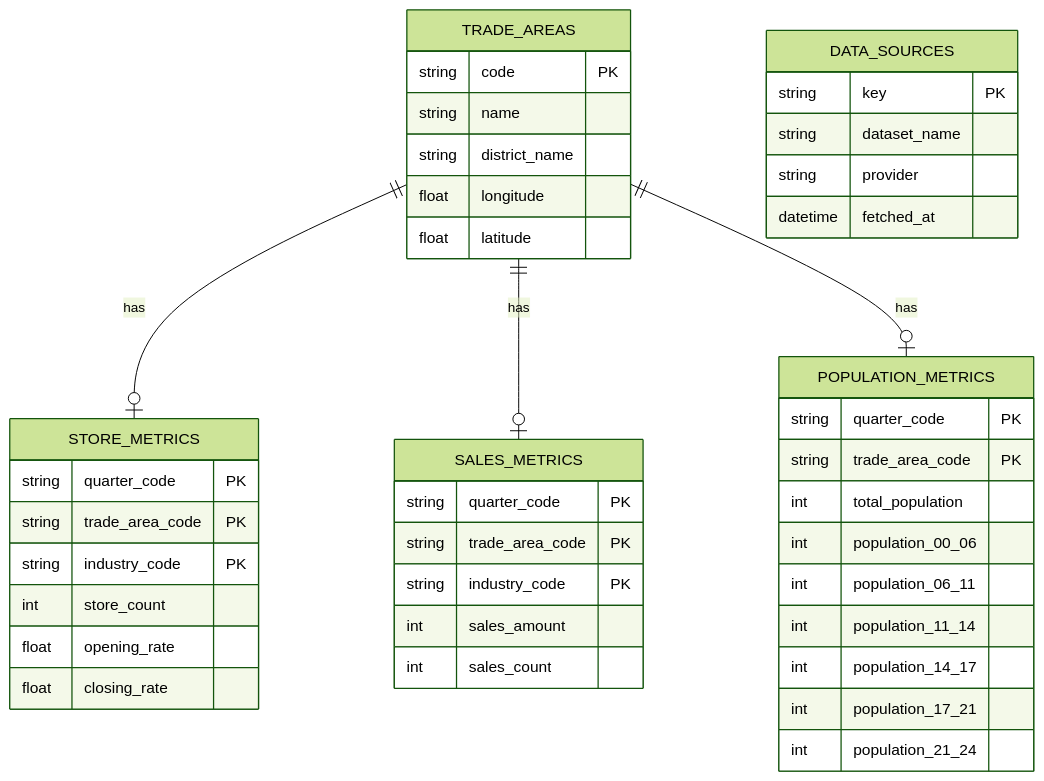
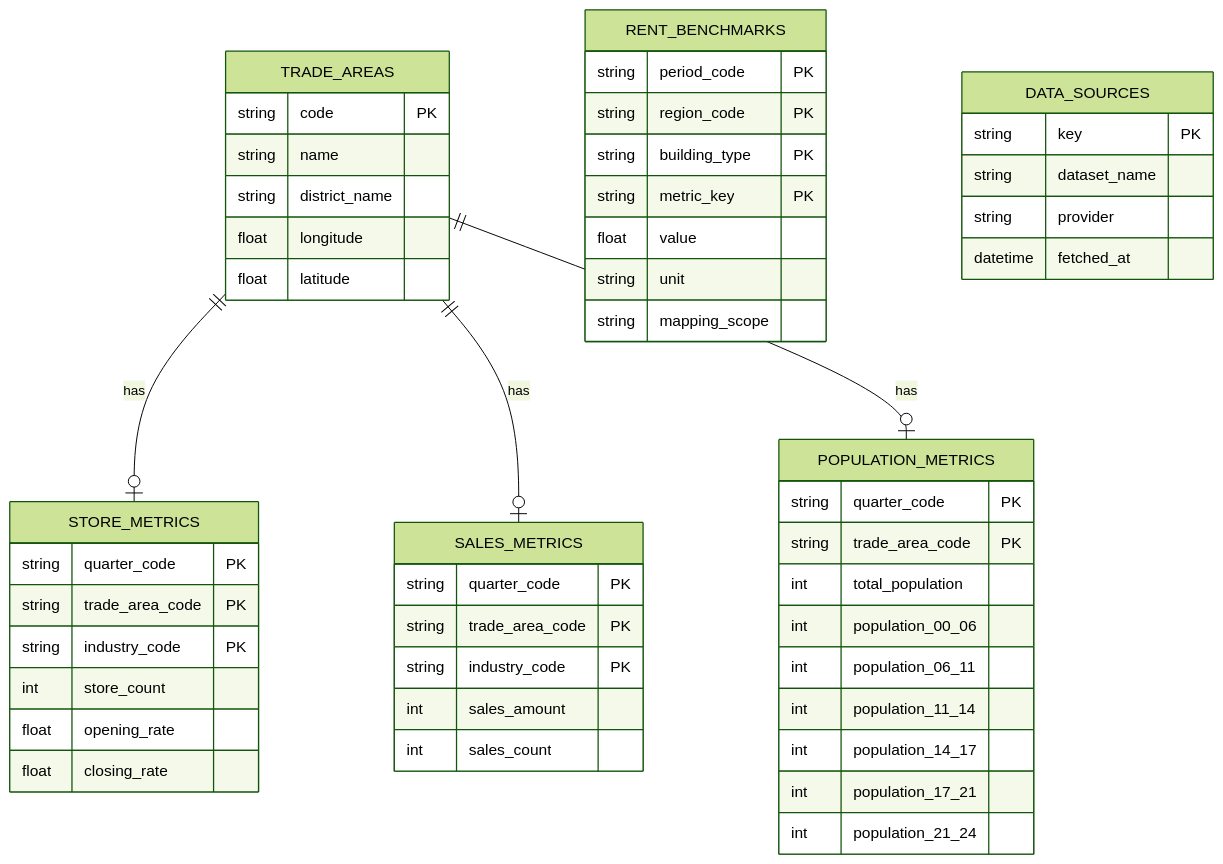
Before and after one commit to Dajeong0315/golmok-radar: the second of 2 diagrams in docs/architecture.md, drawn with Mermaid (forest theme). The commit also changed other lines of this file and 25 other files, not shown here.

````diff
--- a/docs/architecture.md
+++ b/docs/architecture.md
@@ -20,45 +21,54 @@
 ```mermaid
 erDiagram
     TRADE_AREAS ||--o| STORE_METRICS : has
     TRADE_AREAS ||--o| SALES_METRICS : has
     TRADE_AREAS ||--o| POPULATION_METRICS : has
+    RENT_BENCHMARKS {
+        string period_code PK
+        string region_code PK
+        string building_type PK
+        string metric_key PK
+        float value
+        string unit
+        string mapping_scope
+    }
     DATA_SOURCES {
         string key PK
         string dataset_name
         string provider
         datetime fetched_at
     }
     TRADE_AREAS {
         string code PK
         string name
         string district_name
         float longitude
         float latitude
     }
     STORE_METRICS {
         string quarter_code PK
         string trade_area_code PK
         string industry_code PK
         int store_count
         float opening_rate
         float closing_rate
     }
     SALES_METRICS {
         string quarter_code PK
         string trade_area_code PK
         string industry_code PK
         int sales_amount
         int sales_count
     }
     POPULATION_METRICS {
         string quarter_code PK
         string trade_area_code PK
         int total_population
         int population_00_06
         int population_06_11
         int population_11_14
         int population_14_17
         int population_17_21
         int population_21_24
     }
 ```
````
